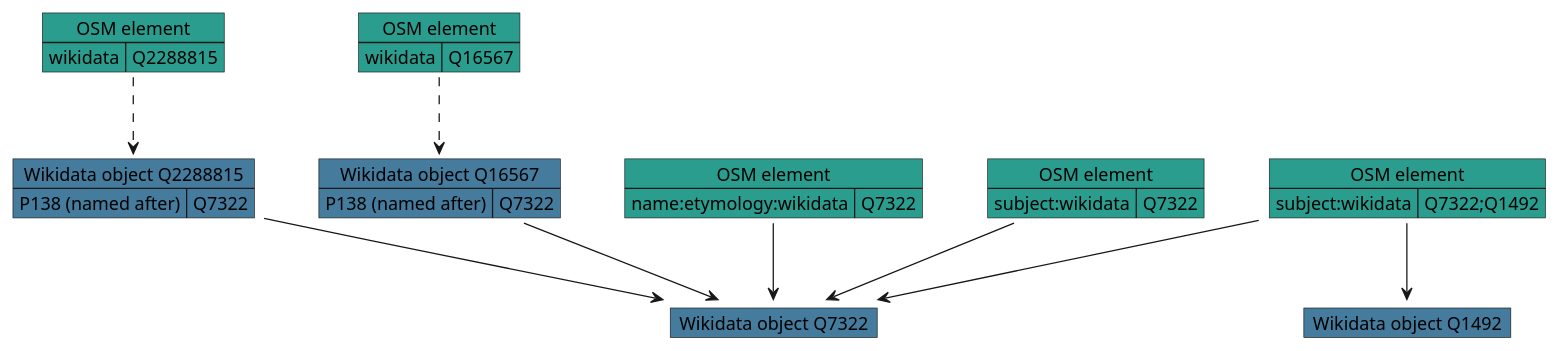
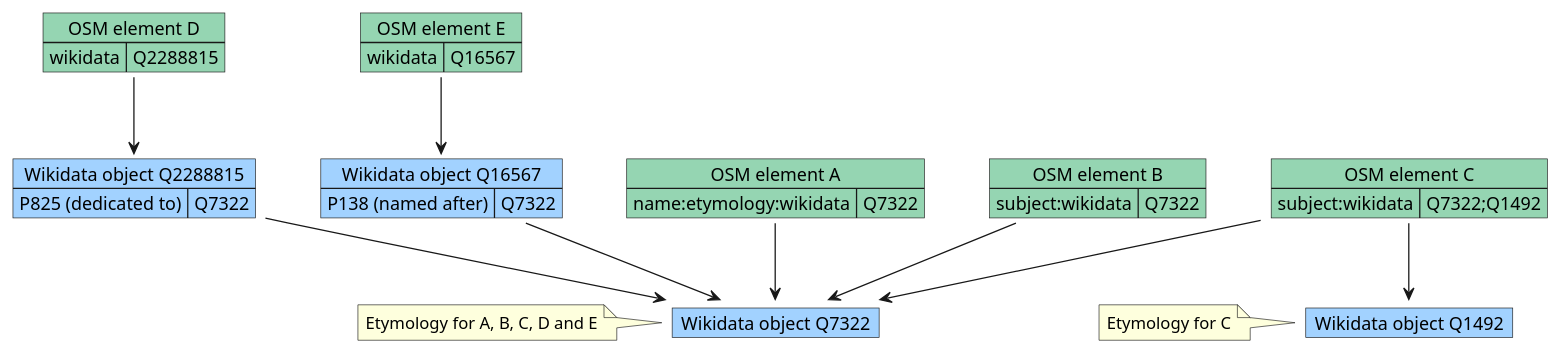
Before and after one commit to Danysan1/osm-wikidata-map-framework: the first of 3 diagrams in CONTRIBUTING.md, drawn with PlantUML. The commit also changed other lines of this file, not shown here.

````diff
--- a/CONTRIBUTING.md
+++ b/CONTRIBUTING.md
@@ -37,40 +37,42 @@
 ```plantuml
 @startuml
-map "Wikidata object Q7322" as wikia #457b9d {
+map "Wikidata object Q7322" as wikia #a2d2ff {
 
 }
-map "Wikidata object Q1492" as wikib #457b9d {
+map "Wikidata object Q1492" as wikib #a2d2ff {
 
 }
-map "Wikidata object Q2288815" as wikic #457b9d {
+map "Wikidata object Q2288815" as wikic #a2d2ff {
+  P825 (dedicated to) => Q7322
+}
+map "Wikidata object Q16567" as wikid #a2d2ff {
   P138 (named after) => Q7322
 }
-map "Wikidata object Q16567" as wikid #457b9d {
-  P138 (named after) => Q7322
-}
-map "OSM element" as osma #2a9d8f {
+map "OSM element A" as osma #95d5b2 {
   name:etymology:wikidata => Q7322
 }
-map "OSM element" as osmb #2a9d8f {
+map "OSM element B" as osmb #95d5b2 {
   subject:wikidata => Q7322
 }
-map "OSM element" as osmc #2a9d8f {
+map "OSM element C" as osmc #95d5b2 {
   subject:wikidata => Q7322;Q1492
 }
-map "OSM element" as osmd #2a9d8f {
+map "OSM element D" as osmd #95d5b2 {
   wikidata => Q2288815
 }
-map "OSM element" as osme #2a9d8f {
+map "OSM element E" as osme #95d5b2 {
   wikidata => Q16567
 }
 
 osma --> wikia
 osmb --> wikia
 osmc --> wikia
 osmc --> wikib
-osmd ..> wikic
-osme ..> wikid
+osmd --> wikic
+osme --> wikid
 wikic --> wikia
 wikid --> wikia
+note left of wikia: Etymology for A, B, C, D and E
+note left of wikib: Etymology for C
 @enduml
 ```
````
